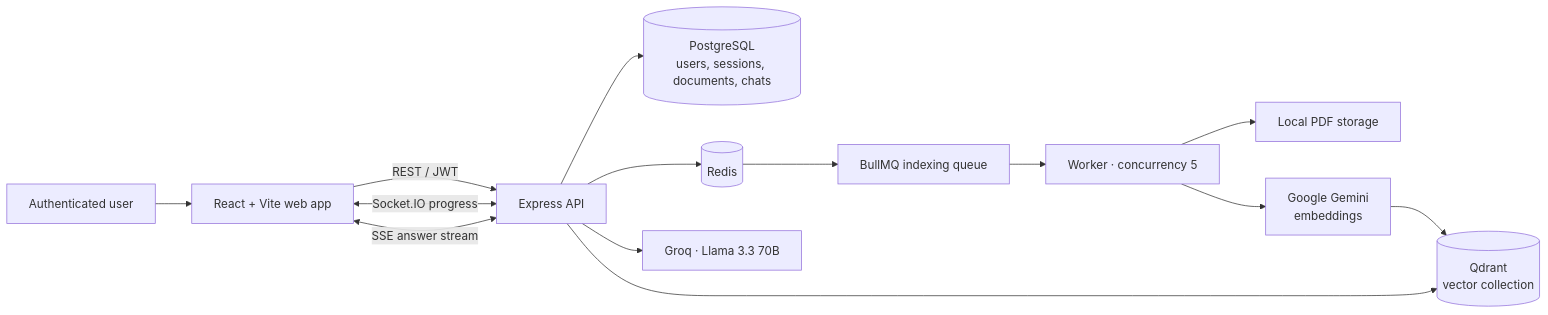
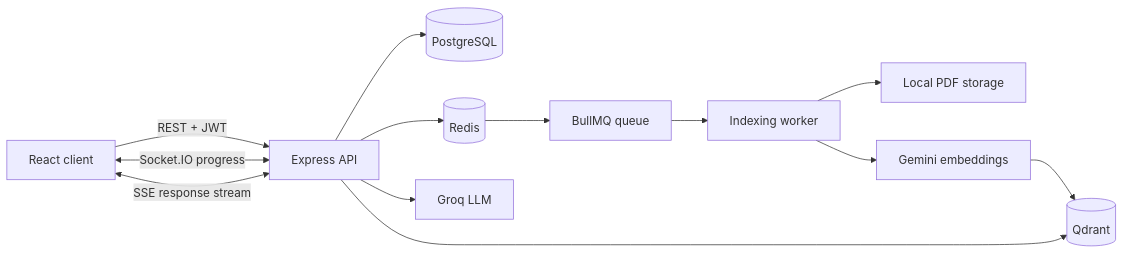
Before and after one commit to FaisalQ05/IntelliPDF: the first of 2 diagrams in README.md, drawn with Mermaid. The commit also changed other lines of this file and 2 other files, not shown here.

````diff
--- a/README.md
+++ b/README.md
@@ -47,18 +38,17 @@
 ```mermaid
 flowchart LR
-    U["Authenticated user"] --> W["React + Vite web app"]
-    W -->|"REST / JWT"| API["Express API"]
-    W <-->|"Socket.IO progress"| API
-    W <-->|"SSE answer stream"| API
+    Client["React client"] -->|"REST + JWT"| API["Express API"]
+    Client <-->|"Socket.IO progress"| API
+    Client <-->|"SSE response stream"| API
 
-    API --> PG[("PostgreSQL\nusers, sessions, documents, chats")]
-    API --> R[("Redis")]
-    R --> Q["BullMQ indexing queue"]
-    Q --> WK["Worker · concurrency 5"]
-    WK --> FS["Local PDF storage"]
-    WK --> G["Google Gemini\nembeddings"]
-    G --> V[("Qdrant\nvector collection")]
+    API --> DB[("PostgreSQL")]
+    API --> Redis[("Redis")]
+    Redis --> Queue["BullMQ queue"]
+    Queue --> Worker["Indexing worker"]
+    Worker --> Storage["Local PDF storage"]
+    Worker --> Gemini["Gemini embeddings"]
+    Gemini --> Qdrant[("Qdrant")]
 
-    API --> V
-    API --> LLM["Groq · Llama 3.3 70B"]
+    API --> Qdrant
+    API --> Groq["Groq LLM"]
 ```
````
